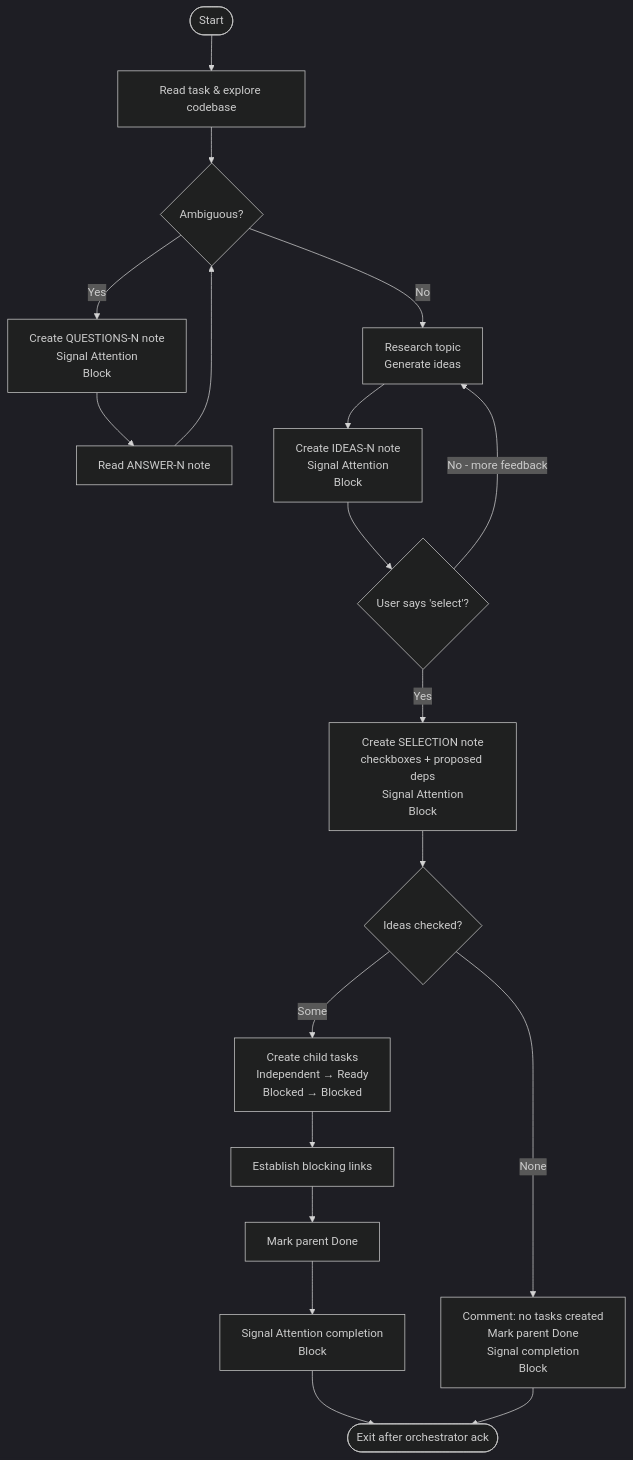
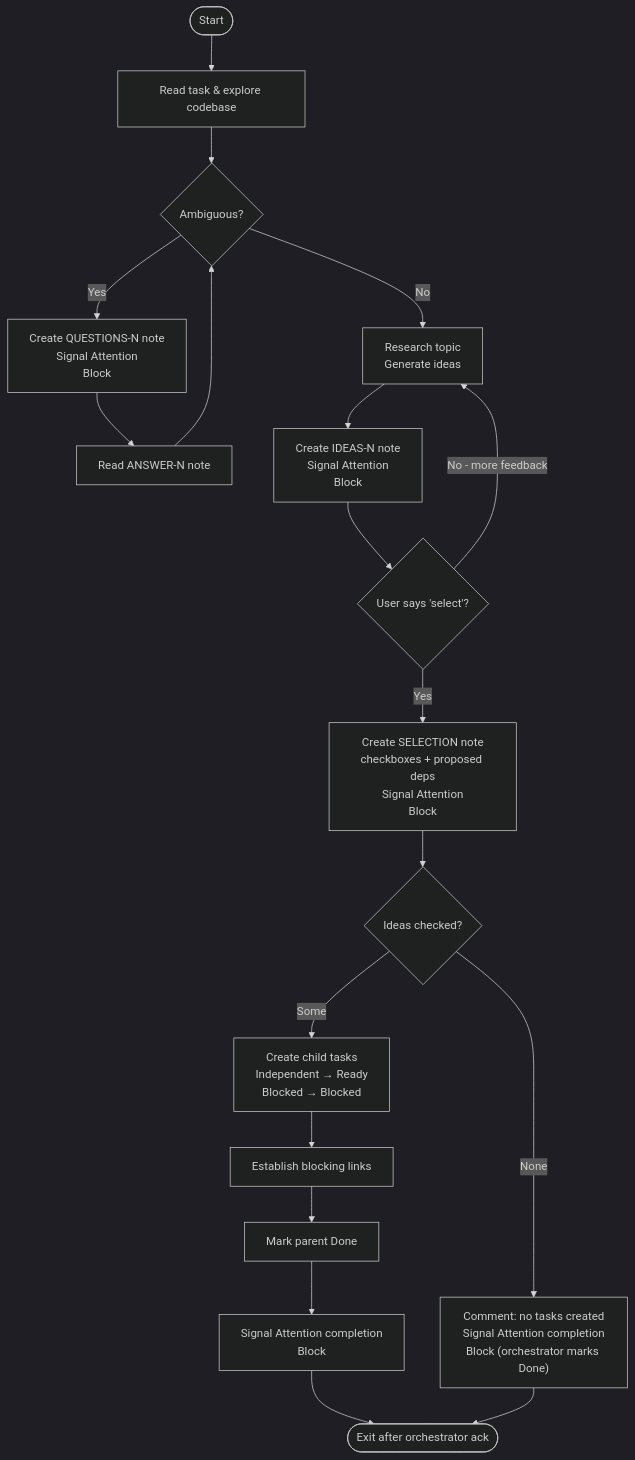
Before and after one commit to gara2000/agentmesh: the seventh of 12 diagrams in docs/agentic-workflow.md, drawn with Mermaid (dark theme). The commit also changed 1 other file, not shown here.

Commit message:
fix(docs): address PR review feedback [WORK-jqt]
- Merge duplicate Proactive Issue Reporting sections in CLAUDE.md into
  one section with dynamic lookup as canonical form and folder ID as
  supplementary reference
- Fix brainstormer flowchart: zero-selection path now correctly shows
  Signal Attention (not Mark parent Done — orchestrator does that)

````diff
--- a/docs/agentic-workflow.md
+++ b/docs/agentic-workflow.md
@@ -165,21 +165,21 @@
 ```mermaid
 flowchart TD
     A([Start]) --> B[Read task & explore codebase]
     B --> C{Ambiguous?}
     C -->|Yes| Q[Create QUESTIONS-N note\nSignal Attention\nBlock]
     Q --> R[Read ANSWER-N note]
     R --> C
     C -->|No| D[Research topic\nGenerate ideas]
     D --> E["Create IDEAS-N note\nSignal Attention\nBlock"]
     E --> F{User says 'select'?}
     F -->|No - more feedback| D
     F -->|Yes| G["Create SELECTION note\ncheckboxes + proposed deps\nSignal Attention\nBlock"]
     G --> H{Ideas checked?}
-    H -->|None| I[Comment: no tasks created\nMark parent Done\nSignal completion\nBlock]
+    H -->|None| I["Comment: no tasks created\nSignal Attention completion\nBlock (orchestrator marks Done)"]
     H -->|Some| J[Create child tasks\nIndependent → Ready\nBlocked → Blocked]
     J --> K[Establish blocking links]
     K --> L[Mark parent Done]
     L --> M["Signal Attention completion\nBlock"]
     M --> N([Exit after orchestrator ack])
     I --> N
 ```
````
